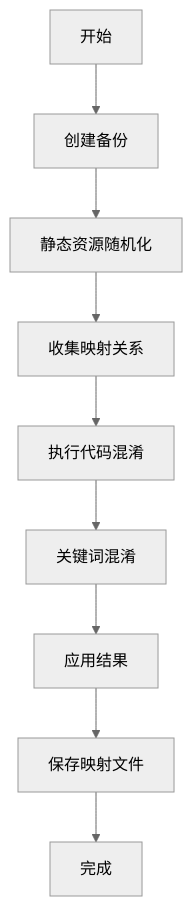
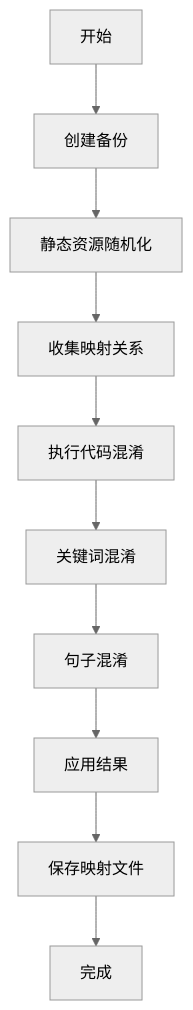
Before and after one commit to Bulesxz/obfuscate: the diagram in README.md, drawn with Mermaid (neutral theme). The commit also changed other lines of this file and 32 other files, not shown here.

````diff
--- a/README.md
+++ b/README.md
@@ -79,11 +108,12 @@
 ```mermaid
 graph TD
     A[开始] --> B[创建备份]
     B --> C[静态资源随机化]
     C --> D[收集映射关系]
     D --> E[执行代码混淆]
     E --> F[关键词混淆]
-    F --> G[应用结果]
-    G --> H[保存映射文件]
-    H --> I[完成]
+    F --> G[句子混淆]
+    G --> H[应用结果]
+    H --> I[保存映射文件]
+    I --> J[完成]
 ```
````
